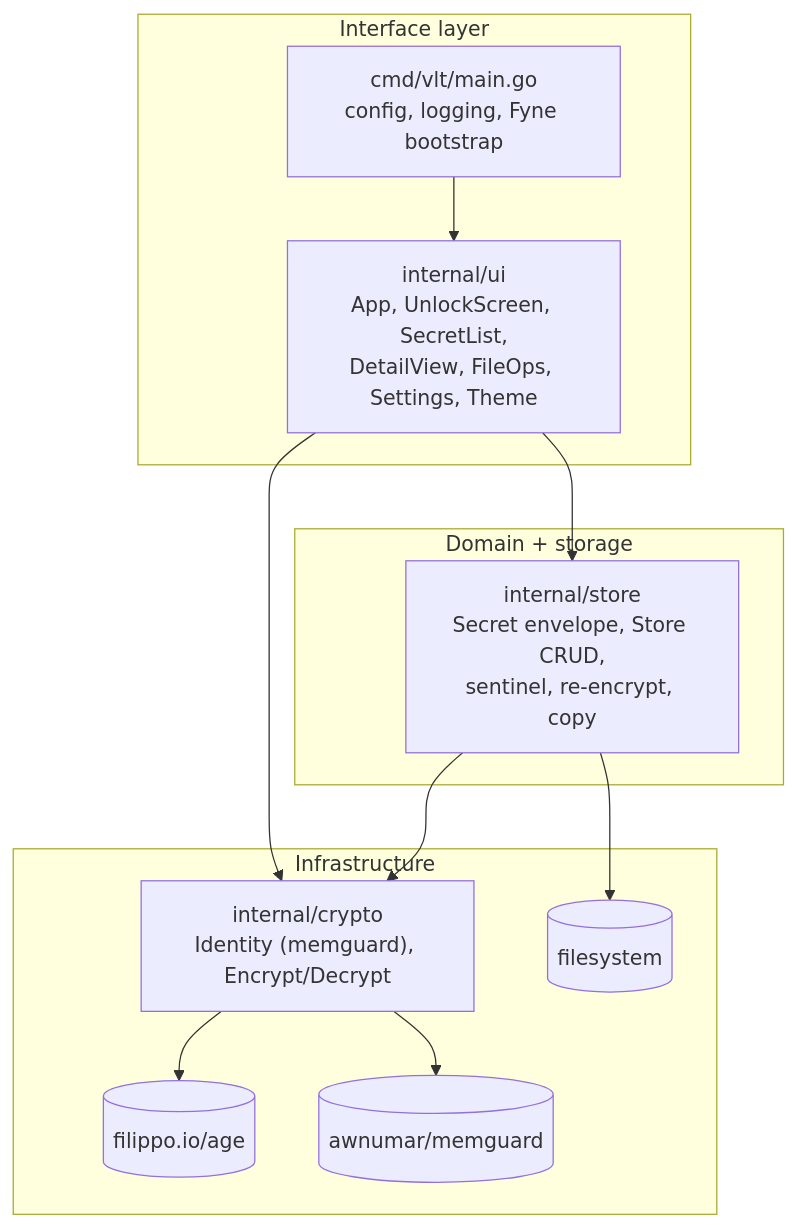
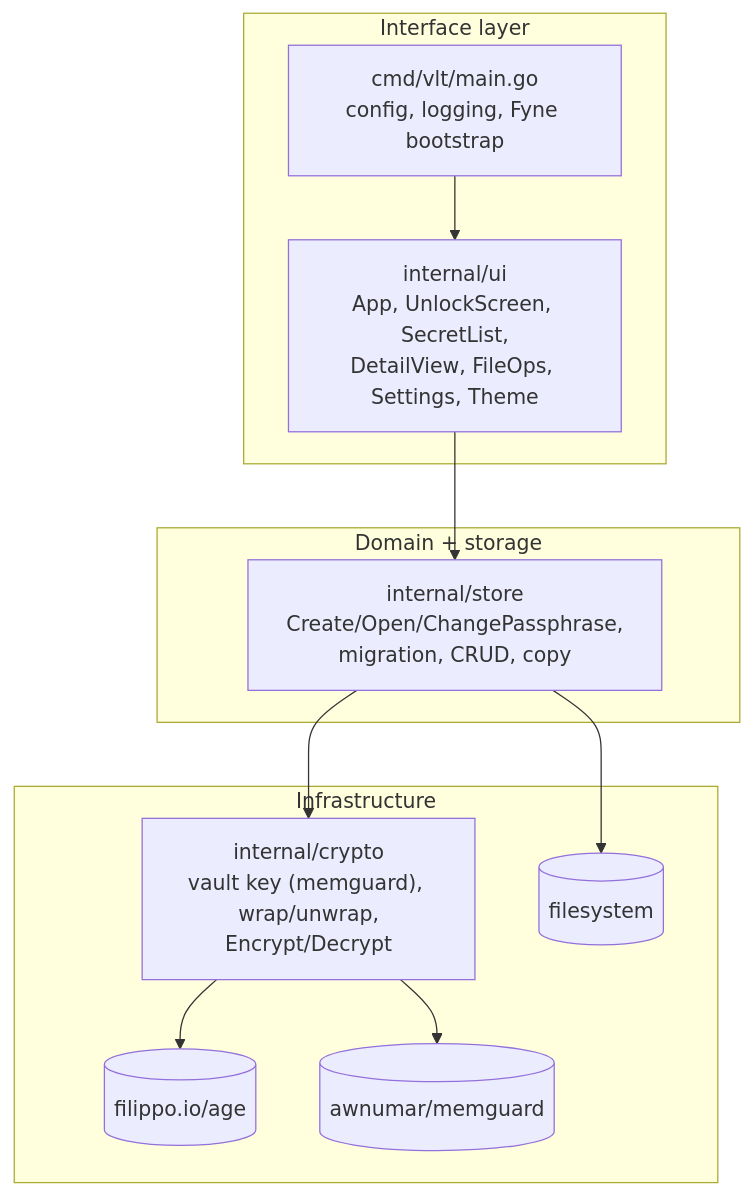
The first of 2 diagrams in vault-vlt/Architecture/Architecture Overview.md (heyjdp/vlt), drawn with Mermaid before and after one commit. The commit also changed other lines of this file and 27 other files, not shown here.

First line of the commit message:
feat(crypto,store): wrap a random X25519 vault key with the passphrase (F01)

````diff
--- a/vault-vlt/Architecture/Architecture Overview.md
+++ b/vault-vlt/Architecture/Architecture Overview.md
@@ -14,24 +14,23 @@
 ```mermaid
 graph TD
     subgraph Interface["Interface layer"]
         main["cmd/vlt/main.go<br/>config, logging, Fyne bootstrap"]
         ui["internal/ui<br/>App, UnlockScreen, SecretList,<br/>DetailView, FileOps, Settings, Theme"]
     end
     subgraph Domain["Domain + storage"]
-        store["internal/store<br/>Secret envelope, Store CRUD,<br/>sentinel, re-encrypt, copy"]
+        store["internal/store<br/>Create/Open/ChangePassphrase,<br/>migration, CRUD, copy"]
     end
     subgraph Infra["Infrastructure"]
-        crypto["internal/crypto<br/>Identity (memguard), Encrypt/Decrypt"]
+        crypto["internal/crypto<br/>vault key (memguard), wrap/unwrap,<br/>Encrypt/Decrypt"]
         age[(filippo.io/age)]
         mg[(awnumar/memguard)]
         fs[(filesystem)]
     end
 
     main --> ui
     ui --> store
-    ui --> crypto
     store --> crypto
     store --> fs
     crypto --> age
     crypto --> mg
 ```
````
